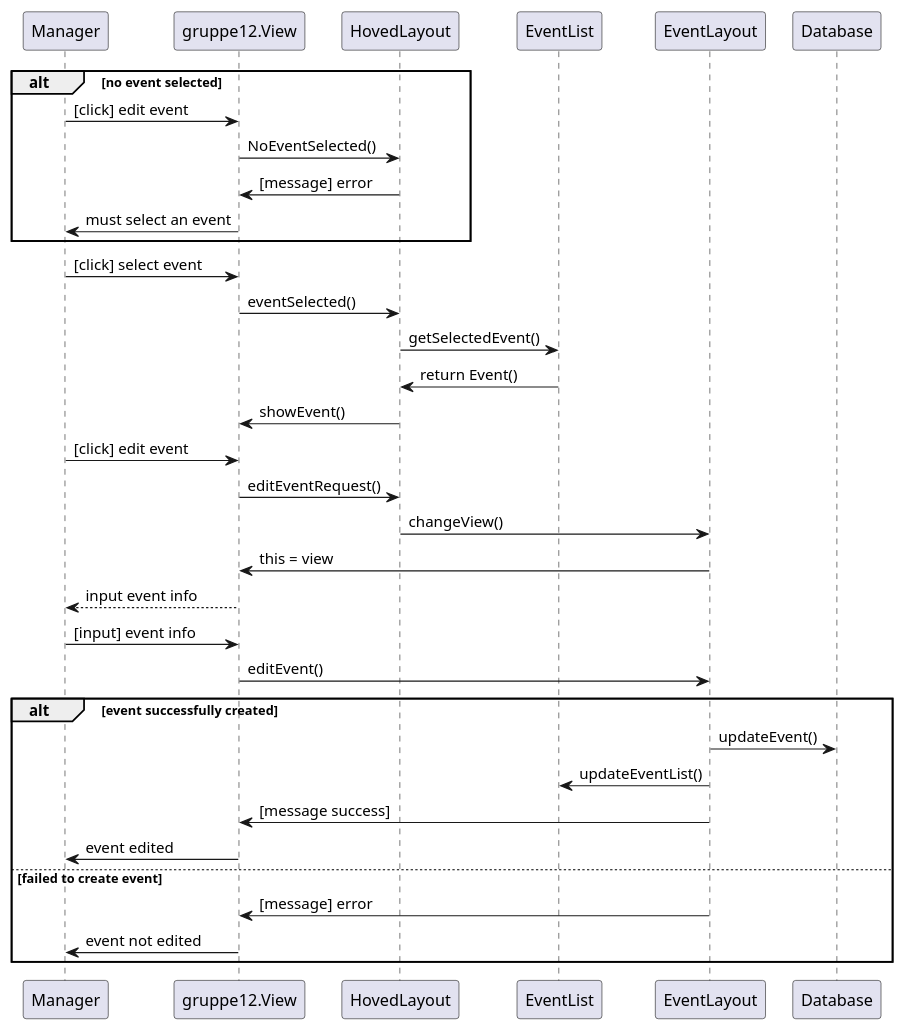
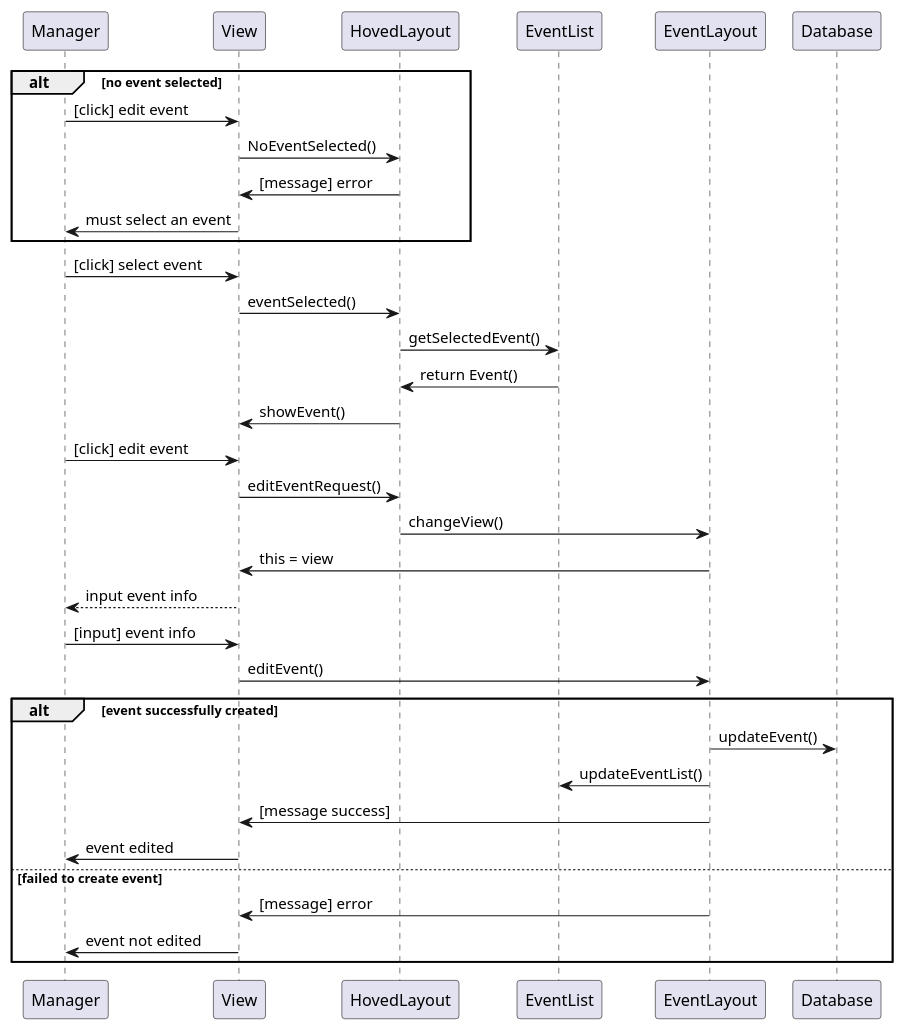
The diagram in src/main/java/gruppe12/Charts/Sequence/alt/EditEventSequence.puml (simenvl/software-engineering_g12), drawn with PlantUML before and after one commit. The commit also changed 34 other files, not shown here.

```diff
--- a/src/main/java/gruppe12/Charts/Sequence/alt/EditEventSequence.puml
+++ b/src/main/java/gruppe12/Charts/Sequence/alt/EditEventSequence.puml
@@ -1,29 +1,29 @@
 @startuml
 alt no event selected
-Manager -> gruppe12.View: [click] edit event
-gruppe12.View -> HovedLayout: NoEventSelected()
-HovedLayout -> gruppe12.View: [message] error
-gruppe12.View -> Manager: must select an event
+Manager -> View: [click] edit event
+View -> HovedLayout: NoEventSelected()
+HovedLayout -> View: [message] error
+View -> Manager: must select an event
 end
-Manager -> gruppe12.View: [click] select event
-gruppe12.View -> HovedLayout: eventSelected()
+Manager -> View: [click] select event
+View -> HovedLayout: eventSelected()
 HovedLayout -> EventList: getSelectedEvent()
 EventList -> HovedLayout: return Event()
-HovedLayout -> gruppe12.View: showEvent()
-Manager -> gruppe12.View:[click] edit event
-gruppe12.View -> HovedLayout: editEventRequest()
+HovedLayout -> View: showEvent()
+Manager -> View:[click] edit event
+View -> HovedLayout: editEventRequest()
 HovedLayout -> EventLayout: changeView()
-EventLayout -> gruppe12.View: this = view
-gruppe12.View --> Manager: input event info
-Manager -> gruppe12.View: [input] event info
-gruppe12.View -> EventLayout: editEvent()
+EventLayout -> View: this = view
+View --> Manager: input event info
+Manager -> View: [input] event info
+View -> EventLayout: editEvent()
 alt event successfully created
 EventLayout -> Database: updateEvent()
 EventLayout -> EventList: updateEventList()
-EventLayout -> gruppe12.View: [message success]
-gruppe12.View -> Manager: event edited
+EventLayout -> View: [message success]
+View -> Manager: event edited
 else failed to create event
-EventLayout -> gruppe12.View: [message] error
-gruppe12.View -> Manager: event not edited
+EventLayout -> View: [message] error
+View -> Manager: event not edited
 end
 @enduml
```
